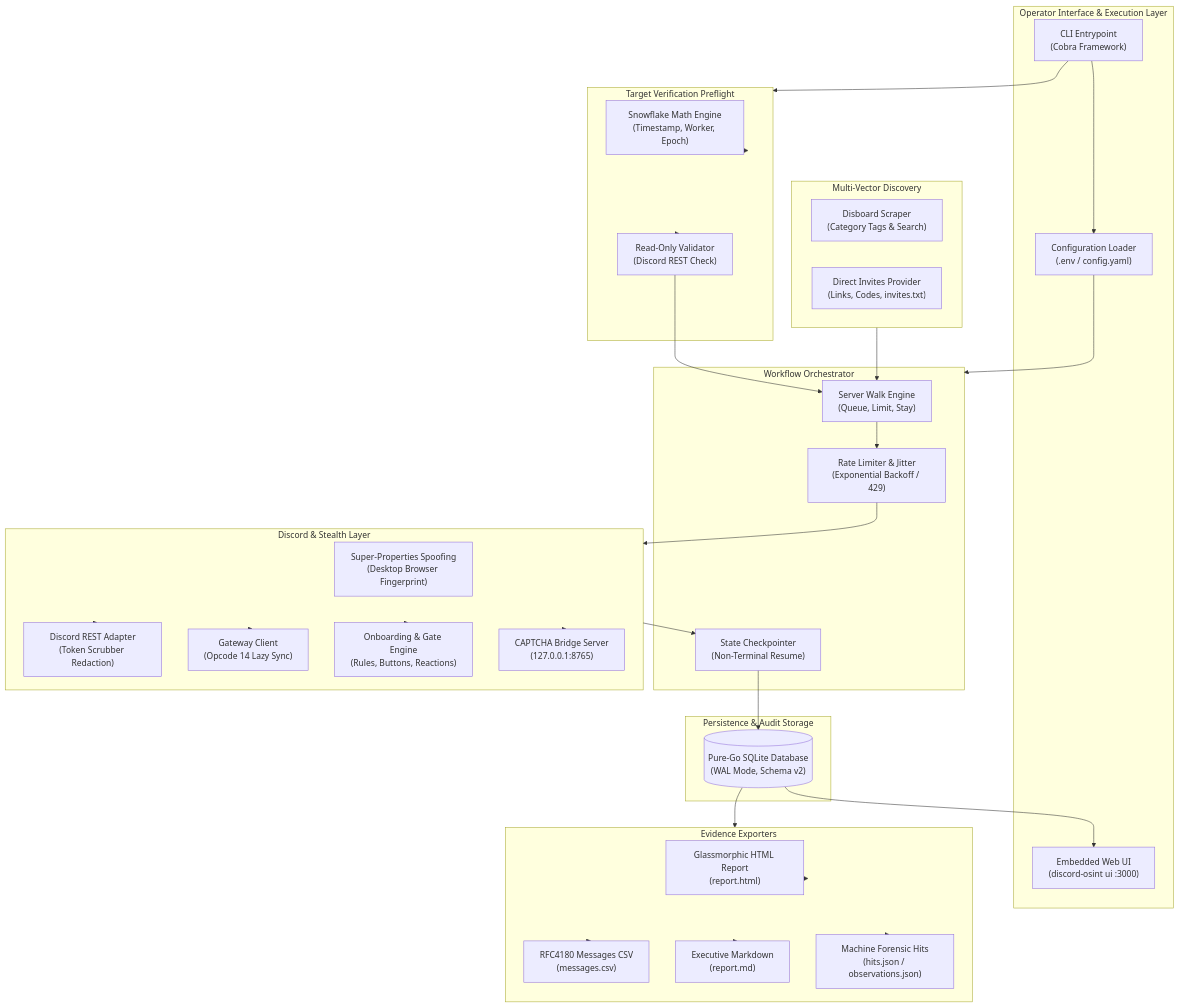
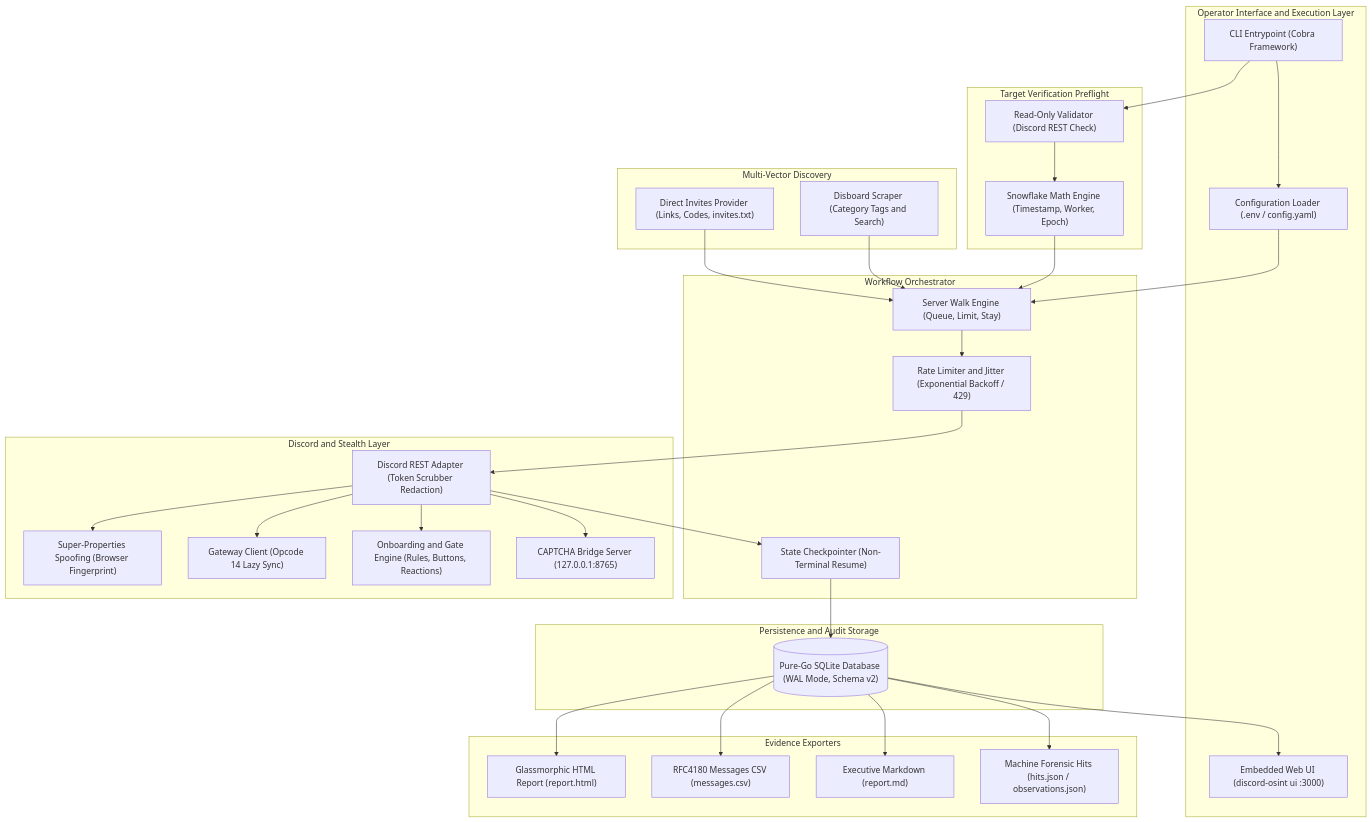
One commit to Kingof3O/discord-osint changed the first of 6 diagrams in README.md. Above: the diagram before and after it, drawn with Mermaid. The commit also changed other lines of this file and 1 other file, not shown here.

Commit message:
fix(docs): resolve Mermaid syntax errors and escape parameters in diagrams

````diff
--- a/README.md
+++ b/README.md
@@ -54,68 +54,67 @@
 ```mermaid
 flowchart TB
-    subgraph CLI["Operator Interface & Execution Layer"]
-        CMD["CLI Entrypoint<br/>(Cobra Framework)"]
-        CONF["Configuration Loader<br/>(.env / config.yaml)"]
-        DASH["Embedded Web UI<br/>(discord-osint ui :3000)"]
+    subgraph CLI["Operator Interface and Execution Layer"]
+        CMD["CLI Entrypoint (Cobra Framework)"]
+        CONF["Configuration Loader (.env / config.yaml)"]
+        DASH["Embedded Web UI (discord-osint ui :3000)"]
     end
 
     subgraph PREFLIGHT["Target Verification Preflight"]
-        MATH["Snowflake Math Engine<br/>(Timestamp, Worker, Epoch)"]
-        VAL["Read-Only Validator<br/>(Discord REST Check)"]
+        MATH["Snowflake Math Engine (Timestamp, Worker, Epoch)"]
+        VAL["Read-Only Validator (Discord REST Check)"]
     end
 
     subgraph ENGINE["Workflow Orchestrator"]
-        WALK["Server Walk Engine<br/>(Queue, Limit, Stay)"]
-        JITTER["Rate Limiter & Jitter<br/>(Exponential Backoff / 429)"]
-        STATE["State Checkpointer<br/>(Non-Terminal Resume)"]
+        WALK["Server Walk Engine (Queue, Limit, Stay)"]
+        JITTER["Rate Limiter and Jitter (Exponential Backoff / 429)"]
+        STATE["State Checkpointer (Non-Terminal Resume)"]
     end
 
     subgraph DISCOVERY["Multi-Vector Discovery"]
-        DISBOARD["Disboard Scraper<br/>(Category Tags & Search)"]
-        INVITES["Direct Invites Provider<br/>(Links, Codes, invites.txt)"]
+        DISBOARD["Disboard Scraper (Category Tags and Search)"]
+        INVITES["Direct Invites Provider (Links, Codes, invites.txt)"]
     end
 
-    subgraph ADAPTERS["Discord & Stealth Layer"]
-        PROPS["Super-Properties Spoofing<br/>(Desktop Browser Fingerprint)"]
-        REST["Discord REST Adapter<br/>(Token Scrubber Redaction)"]
-        GW["Gateway Client<br/>(Opcode 14 Lazy Sync)"]
-        GATES["Onboarding & Gate Engine<br/>(Rules, Buttons, Reactions)"]
-        CAPTCHA["CAPTCHA Bridge Server<br/>(127.0.0.1:8765)"]
+    subgraph ADAPTERS["Discord and Stealth Layer"]
+        PROPS["Super-Properties Spoofing (Browser Fingerprint)"]
+        REST["Discord REST Adapter (Token Scrubber Redaction)"]
+        GW["Gateway Client (Opcode 14 Lazy Sync)"]
+        GATES["Onboarding and Gate Engine (Rules, Buttons, Reactions)"]
+        CAPTCHA["CAPTCHA Bridge Server (127.0.0.1:8765)"]
     end
 
-    subgraph STORE["Persistence & Audit Storage"]
-        SQLITE[("Pure-Go SQLite Database<br/>(WAL Mode, Schema v2)")]
+    subgraph STORE["Persistence and Audit Storage"]
+        SQLITE[("Pure-Go SQLite Database (WAL Mode, Schema v2)")]
     end
 
     subgraph EXPORT["Evidence Exporters"]
-        HTML["Glassmorphic HTML Report<br/>(report.html)"]
-        CSV["RFC4180 Messages CSV<br/>(messages.csv)"]
-        MD["Executive Markdown<br/>(report.md)"]
-        JSON["Machine Forensic Hits<br/>(hits.json / observations.json)"]
+        HTML["Glassmorphic HTML Report (report.html)"]
+        CSV["RFC4180 Messages CSV (messages.csv)"]
+        MD["Executive Markdown (report.md)"]
+        JSON["Machine Forensic Hits (hits.json / observations.json)"]
     end
 
     CMD --> CONF
-    CONF --> ENGINE
-    CMD --> PREFLIGHT
-    PREFLIGHT --> MATH
-    PREFLIGHT --> VAL
-    VAL --> WALK
+    CONF --> WALK
+    CMD --> VAL
+    VAL --> MATH
+    MATH --> WALK
 
-    DISCOVERY --> WALK
+    DISBOARD --> WALK
+    INVITES --> WALK
     WALK --> JITTER
-    JITTER --> ADAPTERS
-    ADAPTERS --> CAPTCHA
-    ADAPTERS --> GATES
-    ADAPTERS --> REST
-    ADAPTERS --> GW
+    JITTER --> REST
+    REST --> CAPTCHA
+    REST --> GATES
+    REST --> GW
+    REST --> PROPS
 
-    ADAPTERS --> STATE
+    REST --> STATE
     STATE --> SQLITE
 
-    SQLITE --> EXPORT
+    SQLITE --> HTML
+    SQLITE --> CSV
+    SQLITE --> MD
+    SQLITE --> JSON
     SQLITE --> DASH
-    EXPORT --> HTML
-    EXPORT --> CSV
-    EXPORT --> MD
-    EXPORT --> JSON
 ```
````
